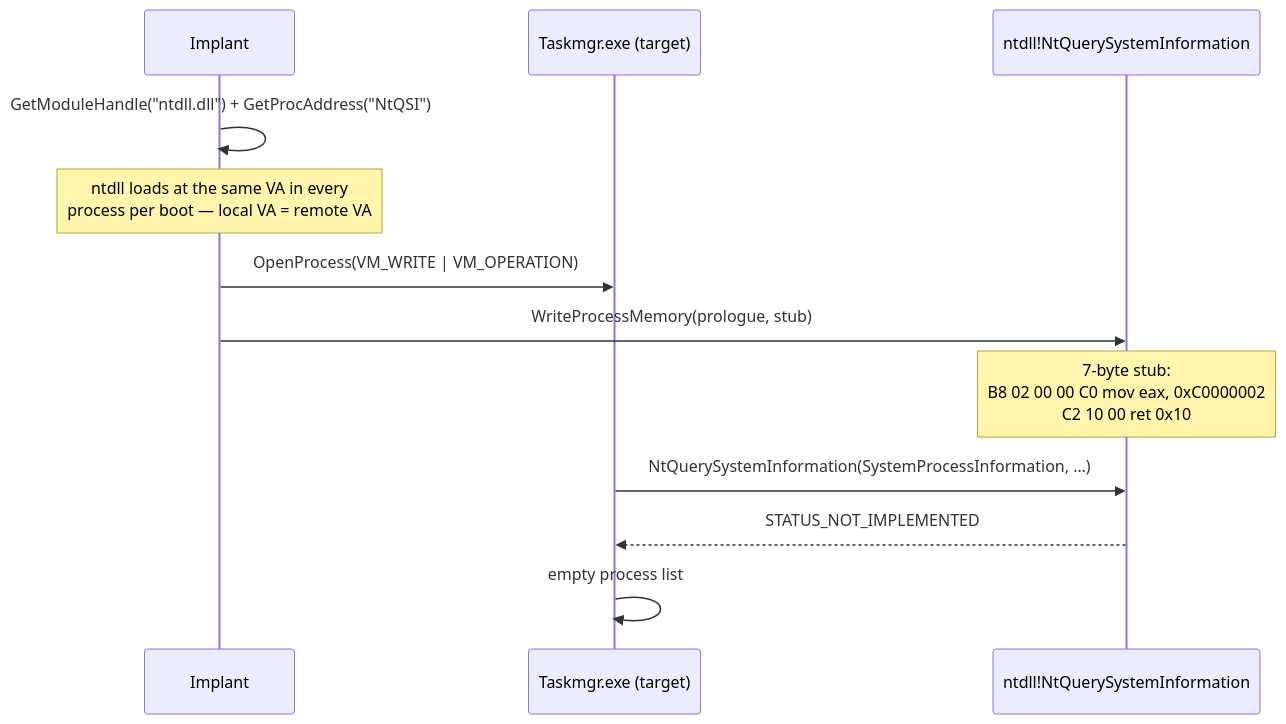
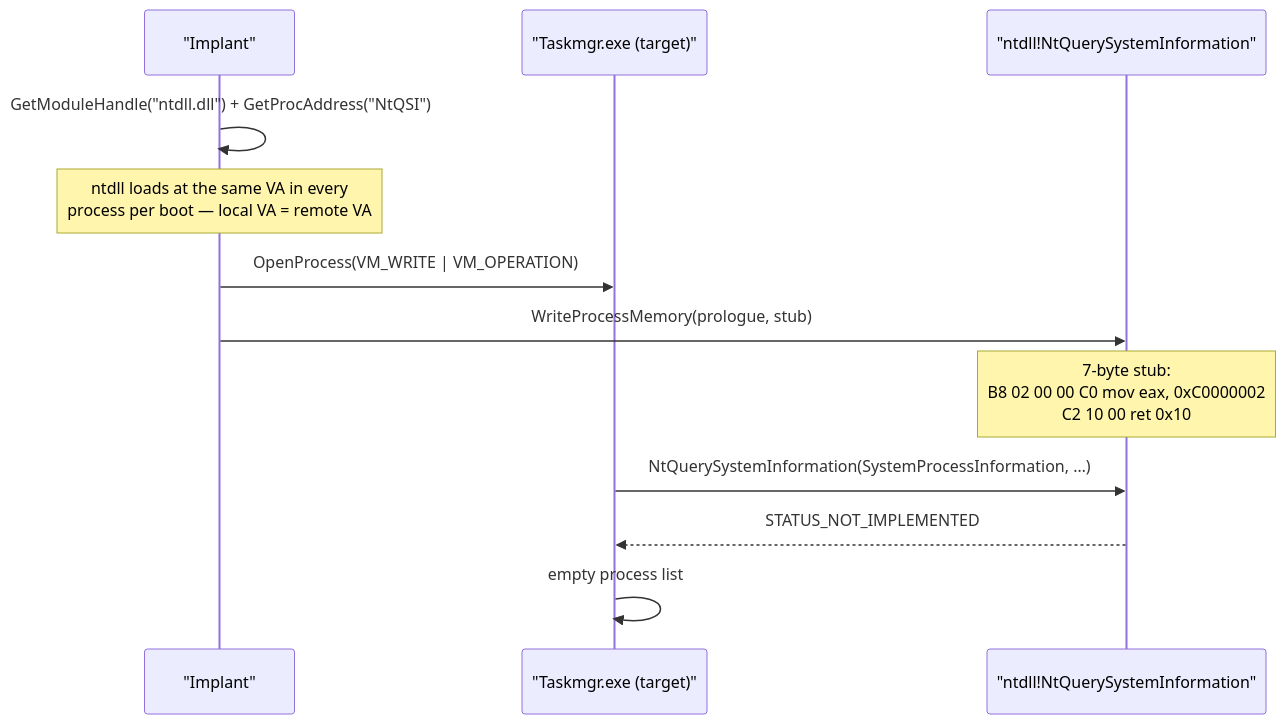
Before and after one commit to oioio-space/maldev: the diagram in docs/techniques/process/hideprocess.md, drawn with Mermaid. The commit also changed 52 other files, not shown here.

First line of the commit message:
fix(docs): quote multi-word Mermaid participant aliases — 11.2.0 strict-mode sweep

````diff
--- a/docs/techniques/process/hideprocess.md
+++ b/docs/techniques/process/hideprocess.md
@@ -38,17 +38,17 @@
 ```mermaid
 sequenceDiagram
-    participant Impl as Implant
-    participant Target as Taskmgr.exe (target)
-    participant NtQSI as ntdll!NtQuerySystemInformation
+    participant Impl as "Implant"
+    participant Target as "Taskmgr.exe (target)"
+    participant NtQSI as "ntdll!NtQuerySystemInformation"
 
     Impl->>Impl: GetModuleHandle("ntdll.dll") + GetProcAddress("NtQSI")
     Note over Impl: ntdll loads at the same VA in every<br>process per boot — local VA = remote VA
 
     Impl->>Target: OpenProcess(VM_WRITE | VM_OPERATION)
     Impl->>NtQSI: WriteProcessMemory(prologue, stub)
     Note over NtQSI: 7-byte stub:<br>B8 02 00 00 C0   mov eax, 0xC0000002<br>C2 10 00         ret 0x10
 
     Target->>NtQSI: NtQuerySystemInformation(SystemProcessInformation, …)
     NtQSI-->>Target: STATUS_NOT_IMPLEMENTED
     Target->>Target: empty process list
 ```
````
